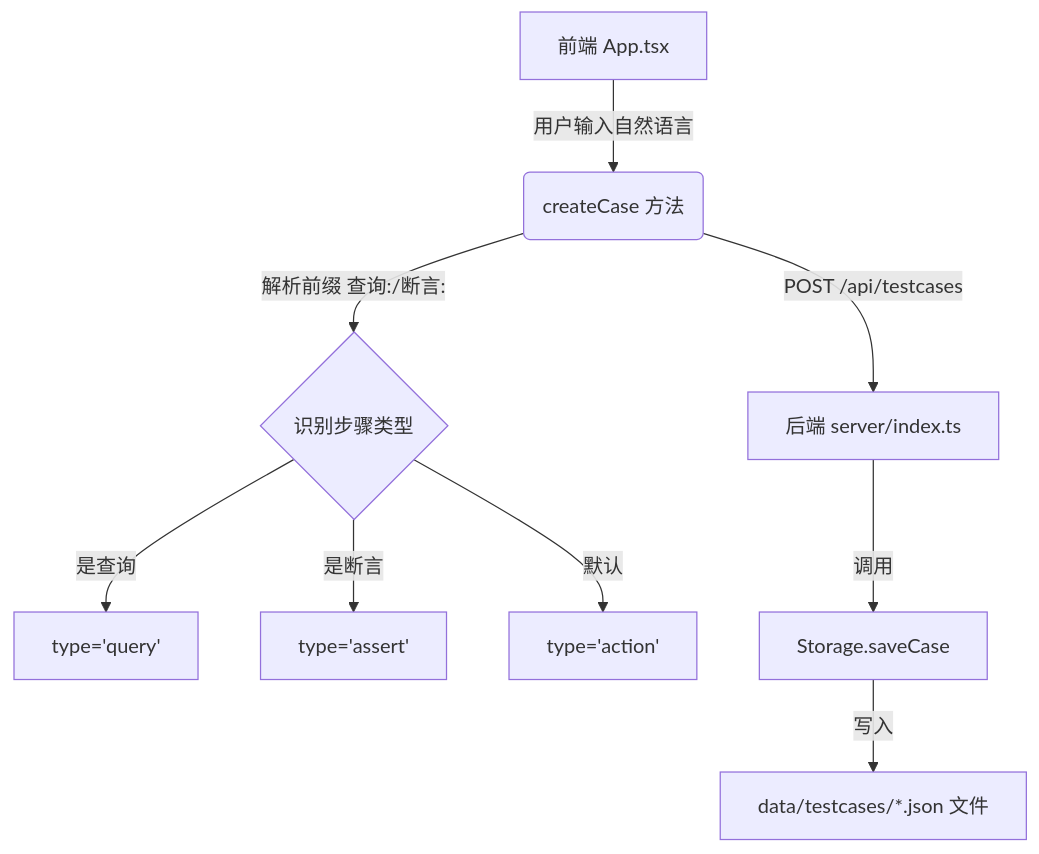
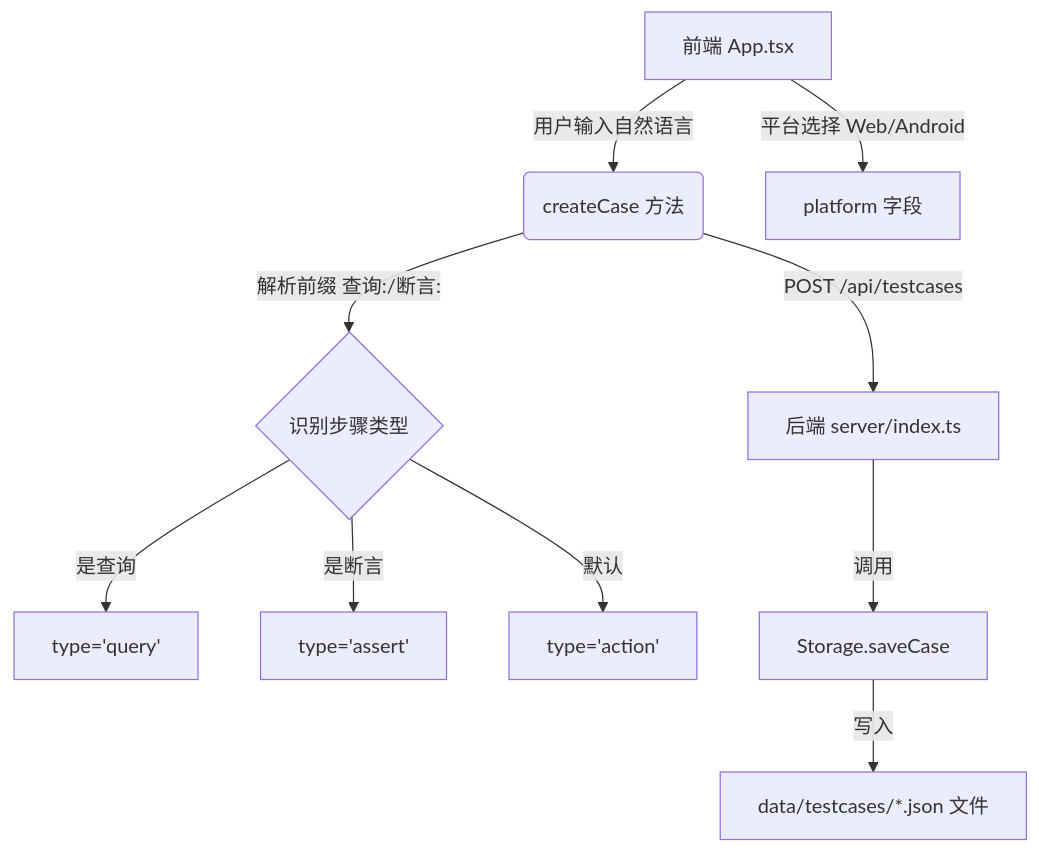
Before and after one commit to awdaaabbc/trae_projects: the diagram in ui-automation-demo/docs/CODE_IMPLEMENTATION.md, drawn with Mermaid. The commit also changed other lines of this file and 15 other files, not shown here.

Commit message:
feat: platform selector and android runner

````diff
--- a/ui-automation-demo/docs/CODE_IMPLEMENTATION.md
+++ b/ui-automation-demo/docs/CODE_IMPLEMENTATION.md
@@ -33,11 +34,12 @@
 ```mermaid
 graph TD
     A[前端 App.tsx] -->|用户输入自然语言| B(createCase 方法)
+    A -->|平台选择 Web/Android| P[platform 字段]
     B -->|解析前缀 查询:/断言:| C{识别步骤类型}
     C -->|是查询| D[type='query']
     C -->|是断言| E[type='assert']
     C -->|默认| F[type='action']
     B -->|POST /api/testcases| G[后端 server/index.ts]
     G -->|调用| H[Storage.saveCase]
     H -->|写入| I[data/testcases/*.json 文件]
 ```
````
